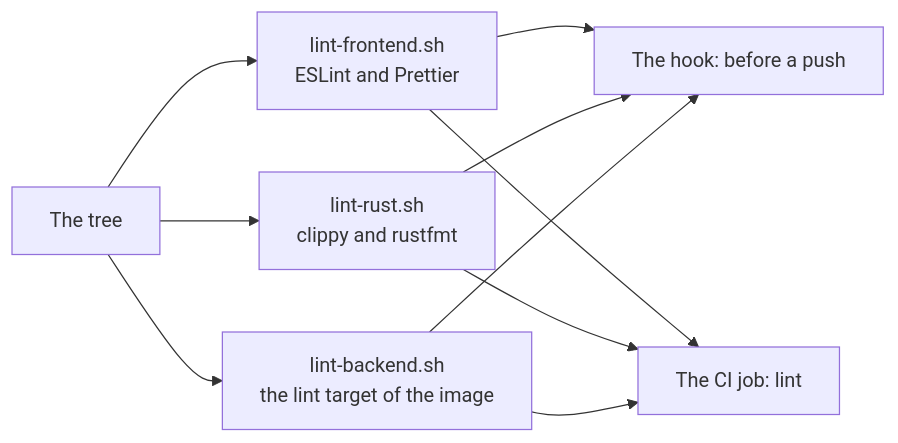
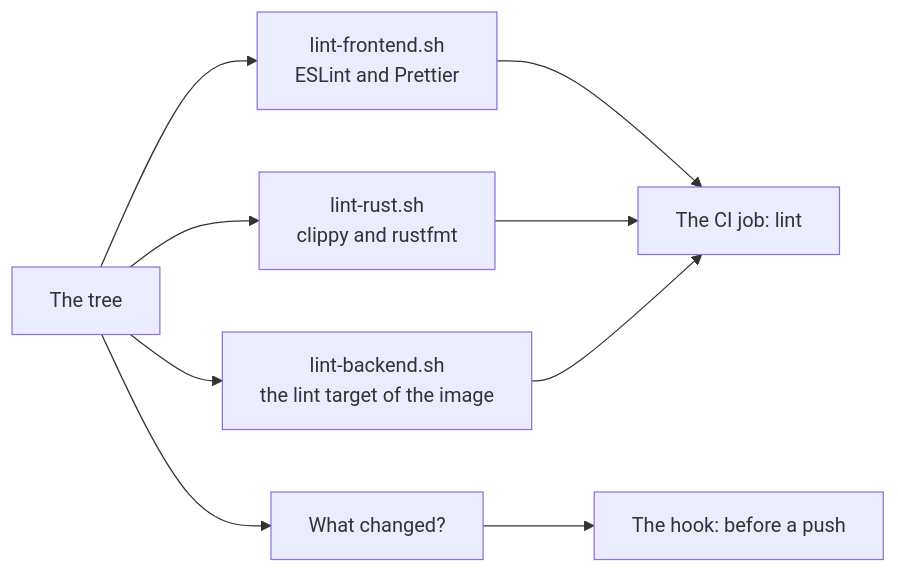
One commit to YueMi-Development/YueMi-Office changed the first of 2 diagrams in docs/linting.md. Above: the diagram before and after it, drawn with Mermaid. The commit also changed other lines of this file and 4 other files, not shown here.

````diff
--- a/docs/linting.md
+++ b/docs/linting.md
@@ -35,12 +35,11 @@
 ```mermaid
 flowchart LR
     T["The tree"] --> F["lint-frontend.sh<br/>ESLint and Prettier"]
     T --> R["lint-rust.sh<br/>clippy and rustfmt"]
     T --> B["lint-backend.sh<br/>the lint target of the image"]
-    F --> H["The hook: before a push"]
-    R --> H
-    B --> H
     F --> C["The CI job: lint"]
     R --> C
     B --> C
+    T --> S["What changed?"]
+    S --> H["The hook: before a push"]
 ```
````
